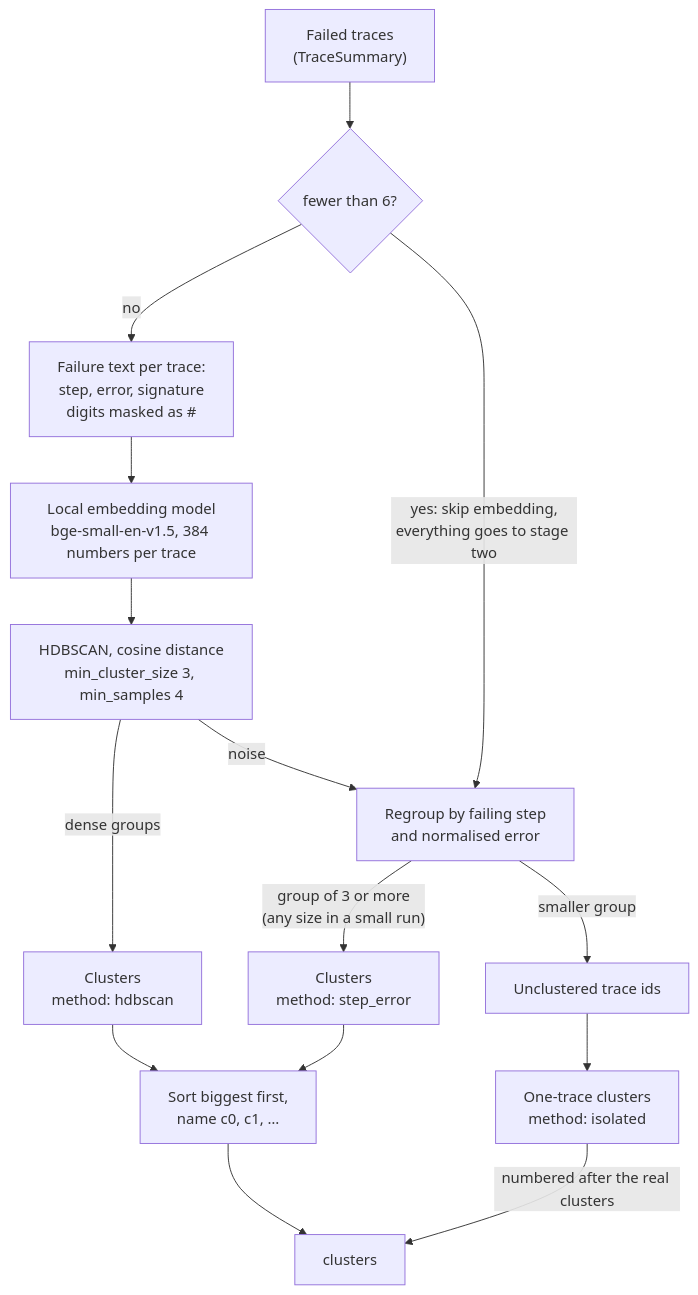
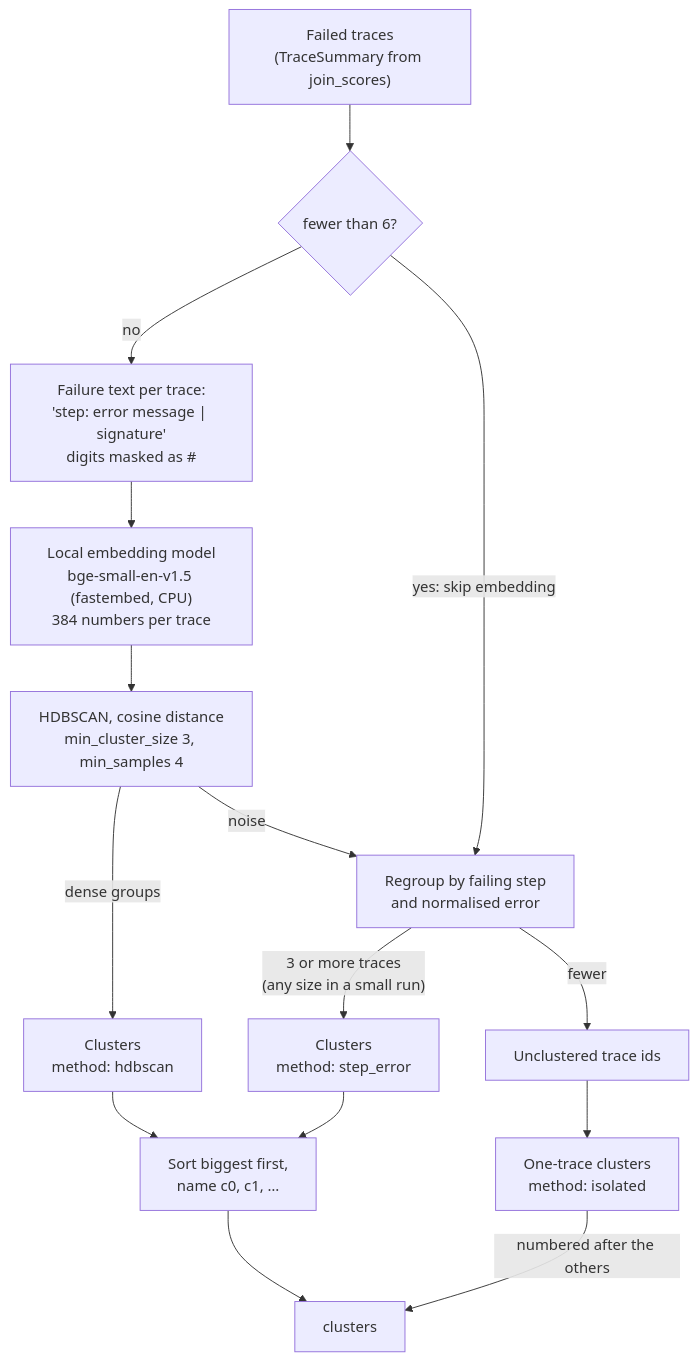
One commit to Nelev/tracescan changed the fifth of 6 diagrams in README.md. Above: the diagram before and after it, drawn with Mermaid. The commit also changed other lines of this file, not shown here.

First line of the commit message:
docs: rewrite the README for the current architecture

````diff
--- a/README.md
+++ b/README.md
@@ -293,21 +343,21 @@
 ```mermaid
 flowchart TD
-    a["Failed traces<br/>(TraceSummary)"] --> b{"fewer than 6?"}
+    a["Failed traces<br/>(TraceSummary from join_scores)"] --> b{"fewer than 6?"}
 
-    b -- no --> c["Failure text per trace:<br/>step, error, signature<br/>digits masked as #"]
-    c --> d["Local embedding model<br/>bge-small-en-v1.5, 384 numbers per trace"]
+    b -- no --> c["Failure text per trace:<br/>'step: error message | signature'<br/>digits masked as #"]
+    c --> d["Local embedding model<br/>bge-small-en-v1.5 (fastembed, CPU)<br/>384 numbers per trace"]
     d --> e["HDBSCAN, cosine distance<br/>min_cluster_size 3, min_samples 4"]
     e -- "dense groups" --> f["Clusters<br/>method: hdbscan"]
     e -- "noise" --> g["Regroup by failing step<br/>and normalised error"]
 
-    b -- "yes: skip embedding,<br/>everything goes to stage two" --> g
+    b -- "yes: skip embedding" --> g
 
-    g -- "group of 3 or more<br/>(any size in a small run)" --> h["Clusters<br/>method: step_error"]
-    g -- "smaller group" --> i["Unclustered trace ids"]
+    g -- "3 or more traces<br/>(any size in a small run)" --> h["Clusters<br/>method: step_error"]
+    g -- "fewer" --> i["Unclustered trace ids"]
     i --> j["One-trace clusters<br/>method: isolated"]
 
     f --> k["Sort biggest first,<br/>name c0, c1, …"]
     h --> k
     k --> l["clusters"]
-    j -- "numbered after the real clusters" --> l
+    j -- "numbered after the others" --> l
 ```
````
